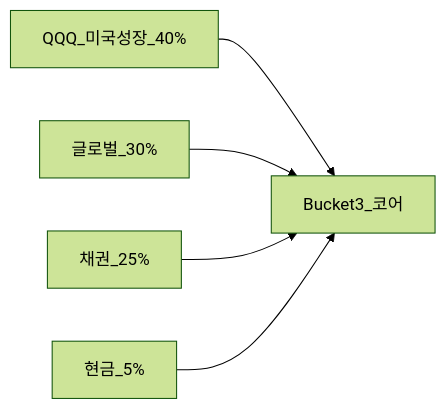
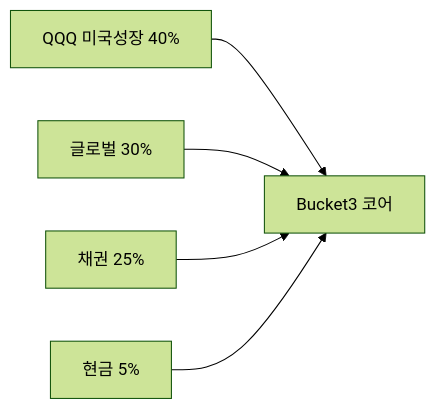
Before and after one commit to goldanghenry/Finances: the second of 2 diagrams in 04-portfolio/geographic-diversification.md, drawn with Mermaid (forest theme). The commit also changed other lines of this file and 211 other files, not shown here.

````diff
--- a/04-portfolio/geographic-diversification.md
+++ b/04-portfolio/geographic-diversification.md
@@ -131,11 +120,11 @@
 ```mermaid
 flowchart LR
-  QQQ[QQQ_미국성장_40%]
-  Global[글로벌_30%]
-  Bond[채권_25%]
-  Cash[현금_5%]
-  QQQ --> Core[Bucket3_코어]
+  QQQ["QQQ 미국성장 40%"]
+  Global["글로벌 30%"]
+  Bond["채권 25%"]
+  Cash["현금 5%"]
+  QQQ --> Core["Bucket3 코어"]
   Global --> Core
   Bond --> Core
   Cash --> Core
 ```
````
